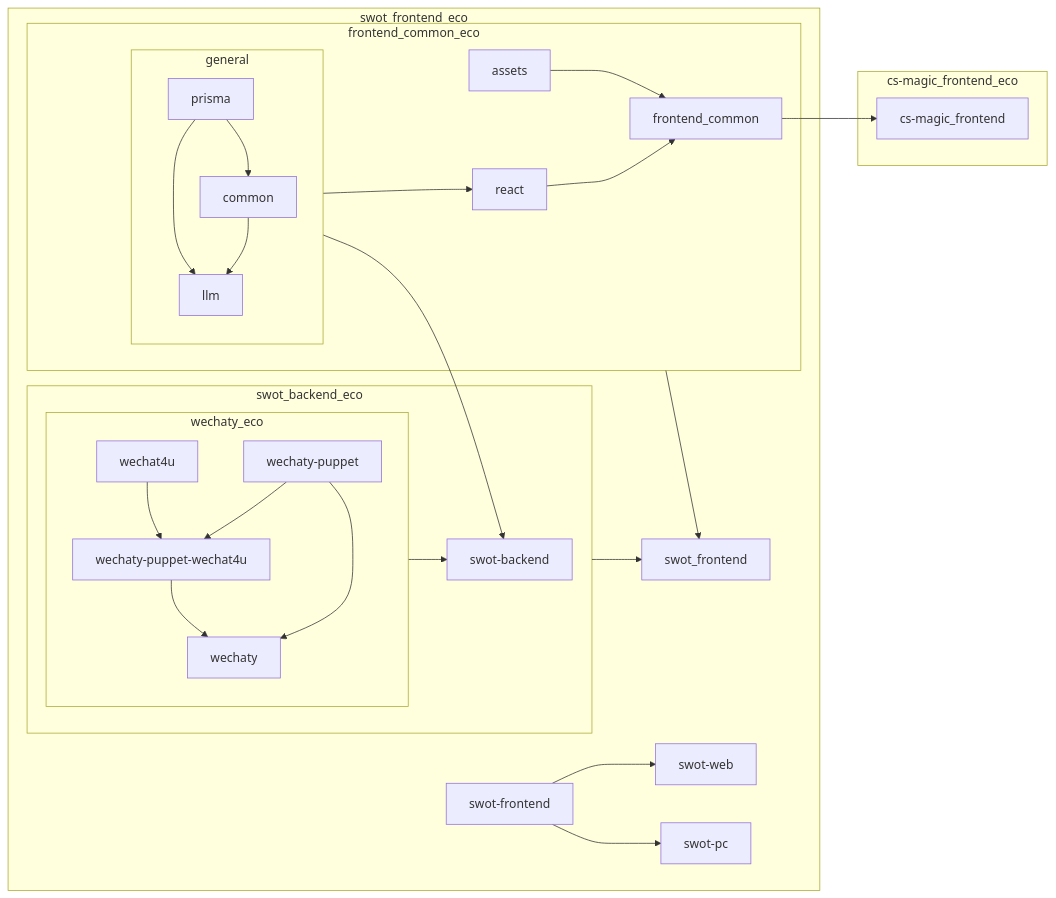
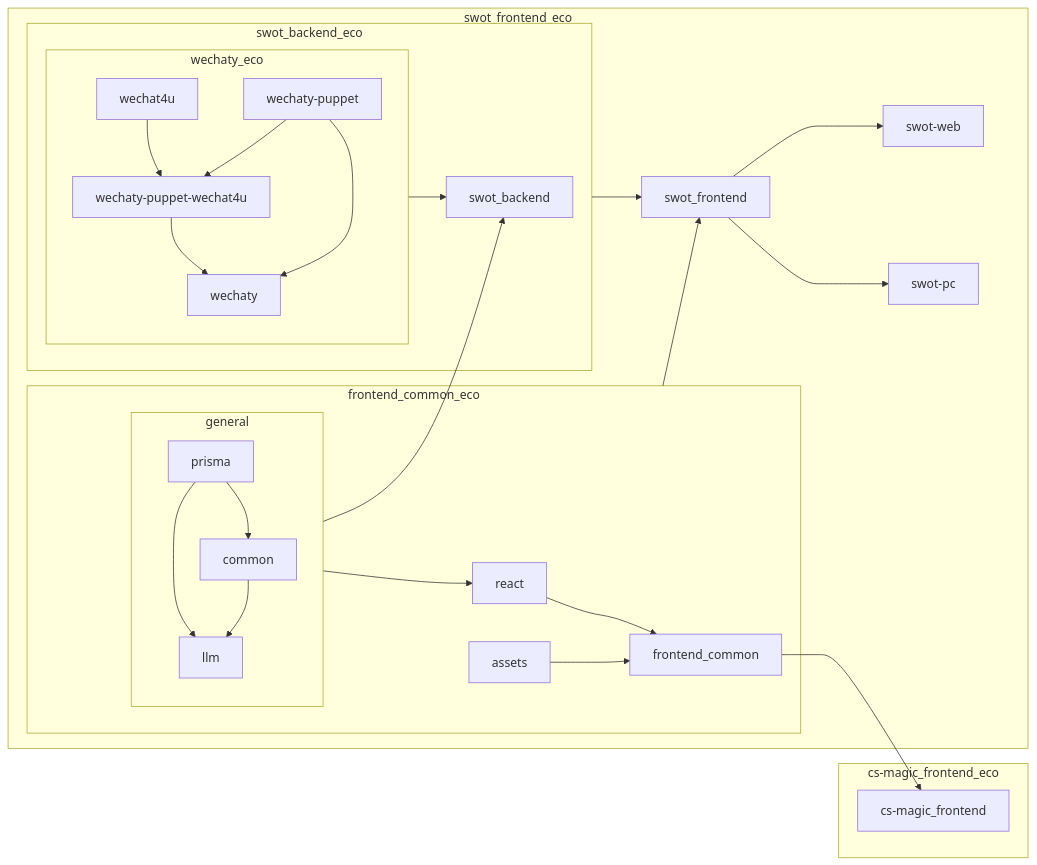
Before and after one commit to cs-magic/codebase-ts: the diagram in README.md, drawn with Mermaid. The commit also changed 1 other file, not shown here.

````diff
--- a/README.md
+++ b/README.md
@@ -9,34 +9,34 @@
 ```mermaid
 graph LR;
     subgraph general
         prisma --> common & llm;
         common --> llm;
     end
     
     subgraph wechaty_eco
         wechat4u --> wechaty-puppet-wechat4u;
         wechaty-puppet --> wechaty-puppet-wechat4u & wechaty;
         wechaty-puppet-wechat4u --> wechaty;
     end
     
     subgraph frontend_common_eco
         general --> react;
         react --> frontend_common;
         assets --> frontend_common;
     end
     
     subgraph cs-magic_frontend_eco
         frontend_common --> cs-magic_frontend;
     end
     
     subgraph swot_backend_eco
-        general --> swot-backend;
-        wechaty_eco --> swot-backend;
+        general --> swot_backend;
+        wechaty_eco --> swot_backend;
     end
     
     subgraph swot_frontend_eco
         frontend_common_eco --> swot_frontend;
         swot_backend_eco --> swot_frontend;
-        swot-frontend --> swot-web & swot-pc;
+        swot_frontend --> swot-web & swot-pc;
     end
 ```
````
